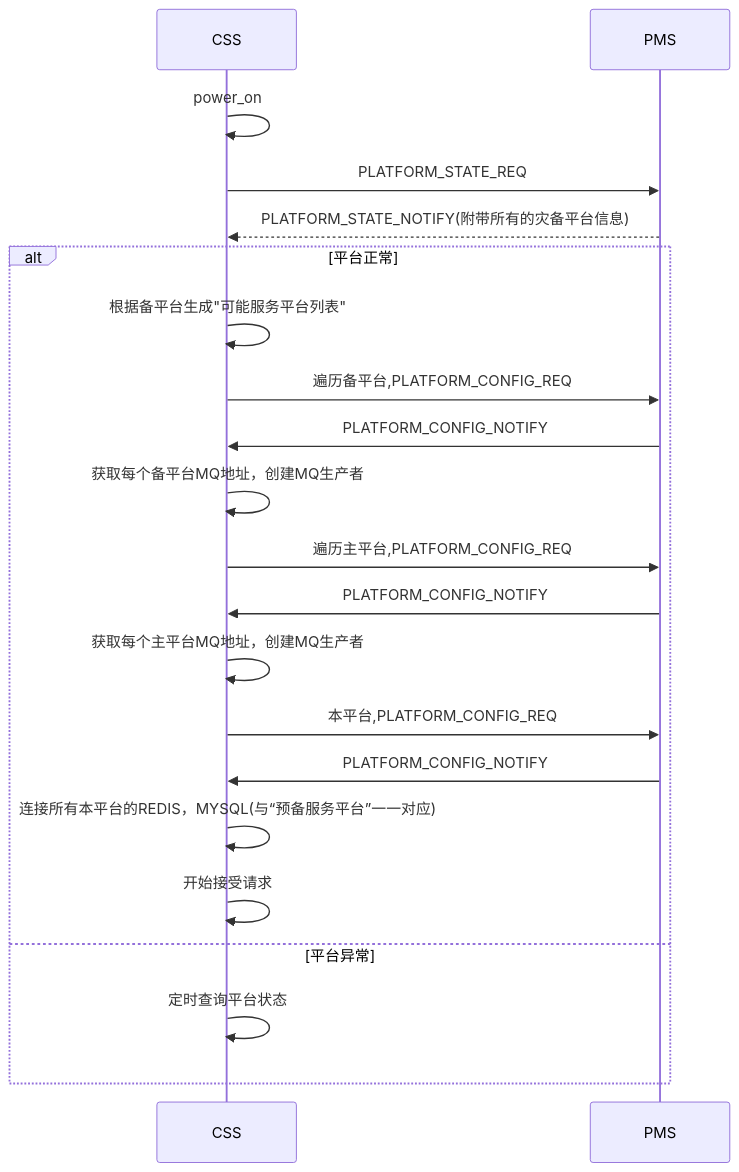
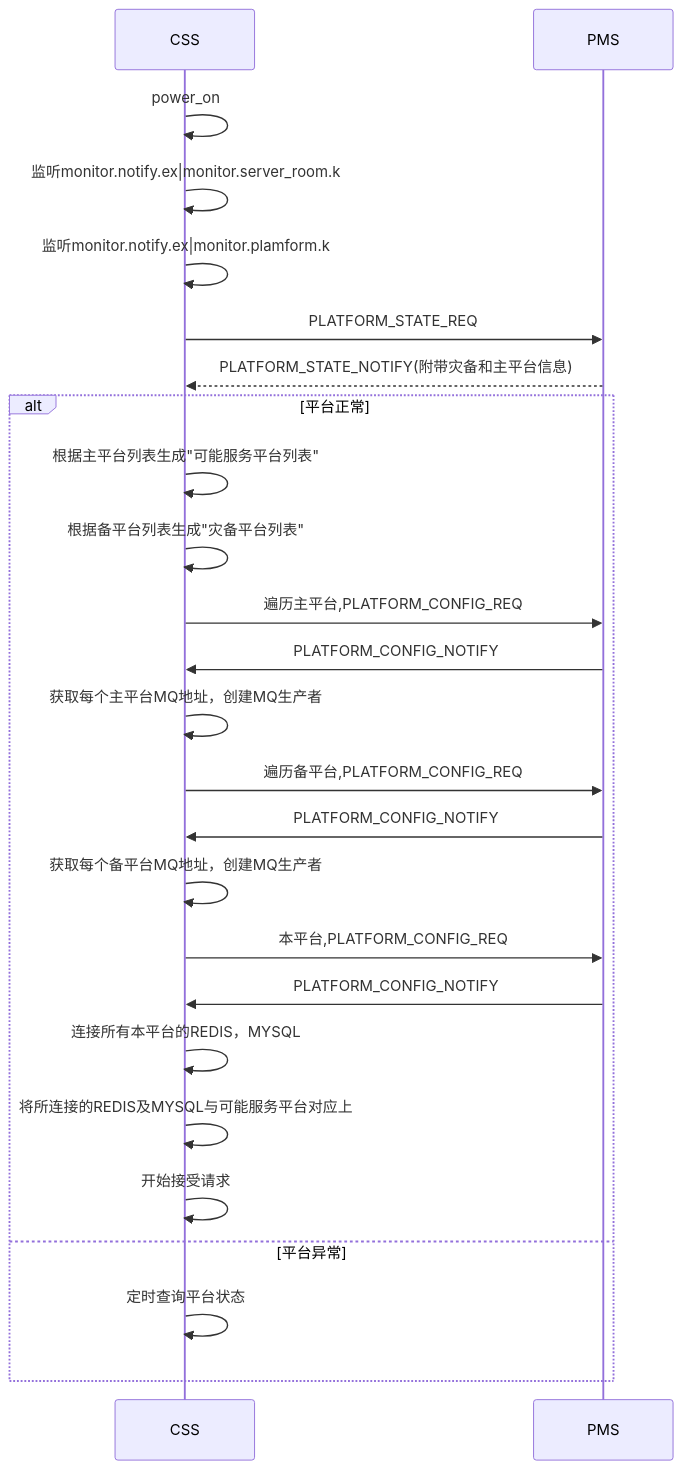
One commit to github188/w_doc changed the fourth of 5 diagrams in x需求_/5.1sp4css/5.1sp4css概要设计.md. Above: the diagram before and after it, drawn with Mermaid. The commit also changed other lines of this file and 2 other files, not shown here.

````diff
--- a/x需求_/5.1sp4css/5.1sp4css概要设计.md
+++ b/x需求_/5.1sp4css/5.1sp4css概要设计.md
@@ -146,21 +156,25 @@
 ```mermaid
 sequenceDiagram
 CSS->>CSS: power_on
+CSS->>CSS: 监听monitor.notify.ex|monitor.server_room.k
+CSS->>CSS: 监听monitor.notify.ex|monitor.plamform.k
 CSS->>PMS: PLATFORM_STATE_REQ
-PMS-->>CSS: PLATFORM_STATE_NOTIFY(附带所有的灾备平台信息)
+PMS-->>CSS: PLATFORM_STATE_NOTIFY(附带灾备和主平台信息)
 ALT 平台正常
-	CSS->>CSS: 根据备平台生成"可能服务平台列表"
+	CSS->>CSS: 根据主平台列表生成"可能服务平台列表"
+	CSS->>CSS: 根据备平台列表生成"灾备平台列表"
+	CSS->>PMS: 遍历主平台,PLATFORM_CONFIG_REQ
+	PMS->>CSS: PLATFORM_CONFIG_NOTIFY
+	CSS->>CSS: 获取每个主平台MQ地址，创建MQ生产者
 	CSS->>PMS: 遍历备平台,PLATFORM_CONFIG_REQ
 	PMS->>CSS: PLATFORM_CONFIG_NOTIFY
 	CSS->>CSS: 获取每个备平台MQ地址，创建MQ生产者
-	CSS->>PMS: 遍历主平台,PLATFORM_CONFIG_REQ
-	PMS->>CSS: PLATFORM_CONFIG_NOTIFY
-	CSS->>CSS: 获取每个主平台MQ地址，创建MQ生产者
 	CSS->>PMS: 本平台,PLATFORM_CONFIG_REQ
 	PMS->>CSS: PLATFORM_CONFIG_NOTIFY
-	CSS->>CSS: 连接所有本平台的REDIS，MYSQL(与“预备服务平台”一一对应)
+	CSS->>CSS: 连接所有本平台的REDIS，MYSQL
+	CSS->>CSS: 将所连接的REDIS及MYSQL与可能服务平台对应上
 	CSS->>CSS: 开始接受请求
 ELSE 平台异常
 	CSS->>CSS: 定时查询平台状态
 end
 ```
````
